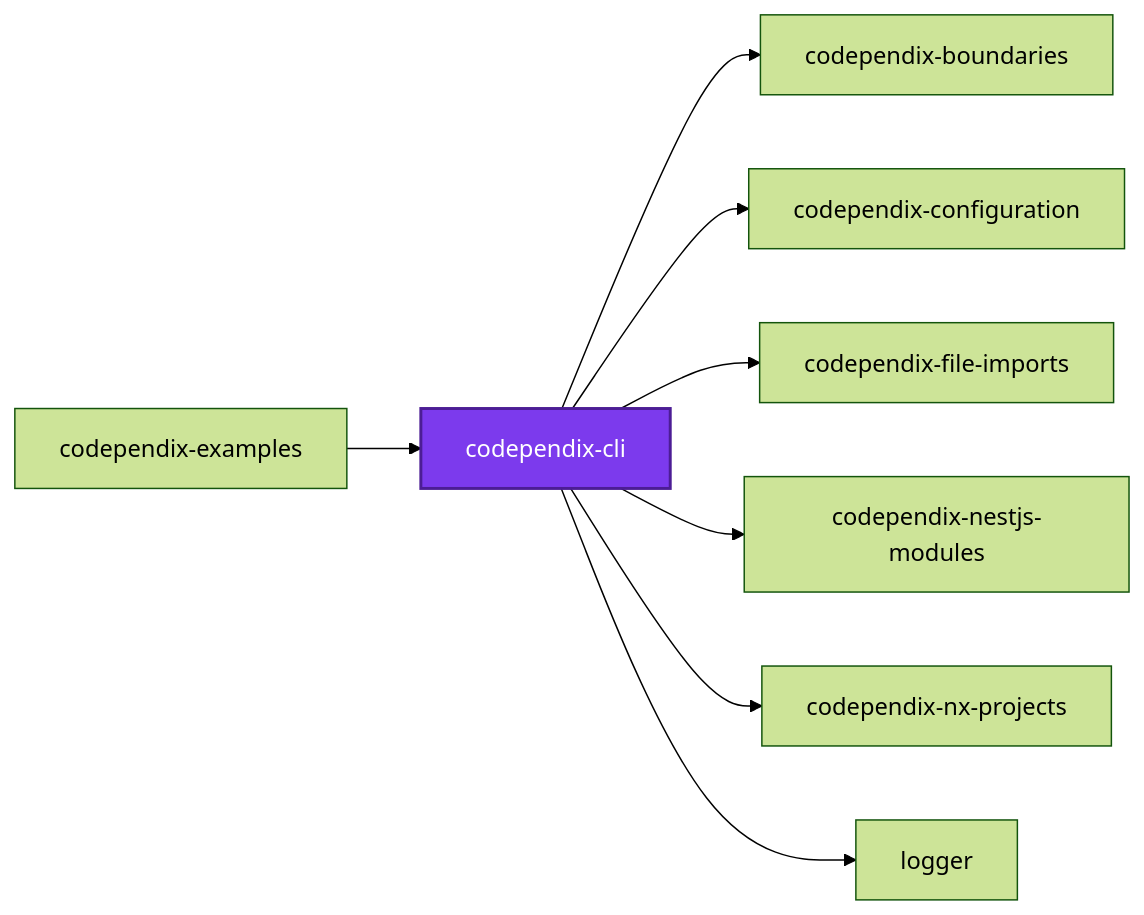
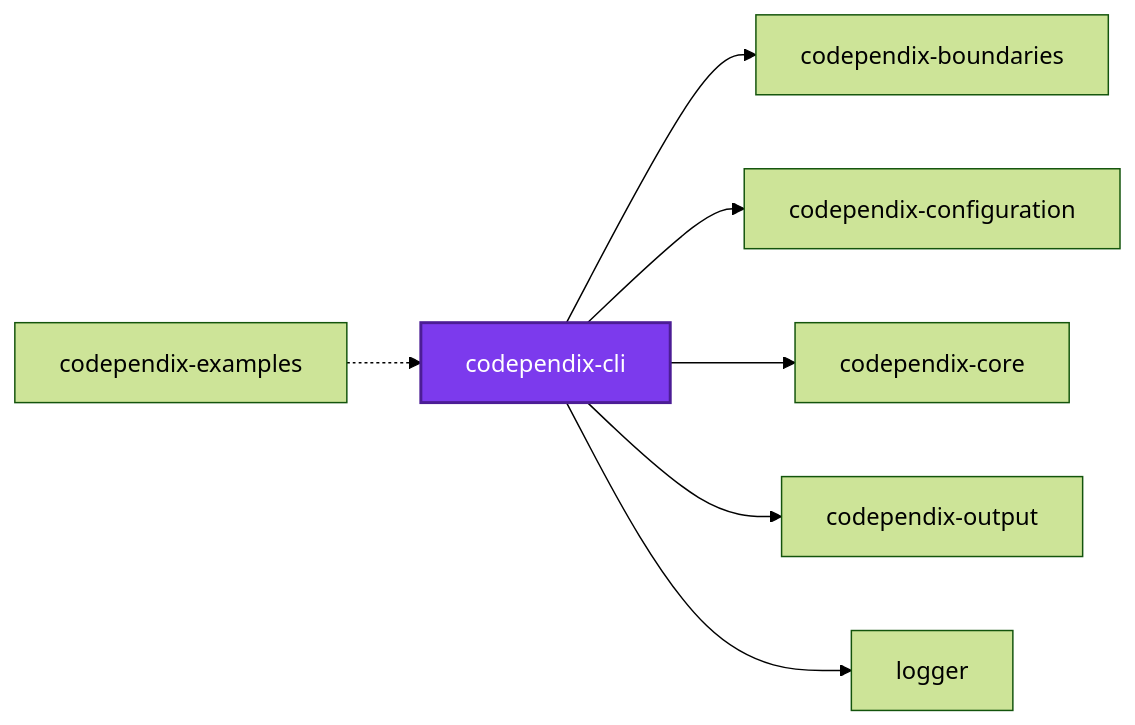
One commit to JimmyPaolini/codebase changed the first of 3 diagrams in packages/ic-suite/codependix/codependix-cli/README.md. Above: the diagram before and after it, drawn with Mermaid (forest theme). The commit also changed other lines of this file and 16 other files, not shown here.

Commit message:
refactor(codependix): ♻️ measure the moved size limits and regenerate the module graphs

````diff
--- a/packages/ic-suite/codependix/codependix-cli/README.md
+++ b/packages/ic-suite/codependix/codependix-cli/README.md
@@ -156,20 +156,18 @@
 ```mermaid
 graph LR
   codependix_boundaries["codependix-boundaries"]
   codependix_cli["codependix-cli"]
   codependix_configuration["codependix-configuration"]
+  codependix_core["codependix-core"]
   codependix_examples["codependix-examples"]
-  codependix_file_imports["codependix-file-imports"]
-  codependix_nestjs_modules["codependix-nestjs-modules"]
-  codependix_nx_projects["codependix-nx-projects"]
+  codependix_output["codependix-output"]
   logger["logger"]
   codependix_cli --> codependix_boundaries
   codependix_cli --> codependix_configuration
-  codependix_cli --> codependix_file_imports
-  codependix_cli --> codependix_nestjs_modules
-  codependix_cli --> codependix_nx_projects
+  codependix_cli --> codependix_core
+  codependix_cli --> codependix_output
   codependix_cli --> logger
-  codependix_examples --> codependix_cli
+  codependix_examples -.-> codependix_cli
   classDef subject fill:#7c3aed,color:#fff,stroke:#4c1d95,stroke-width:2px
   class codependix_cli subject
 ```
````
